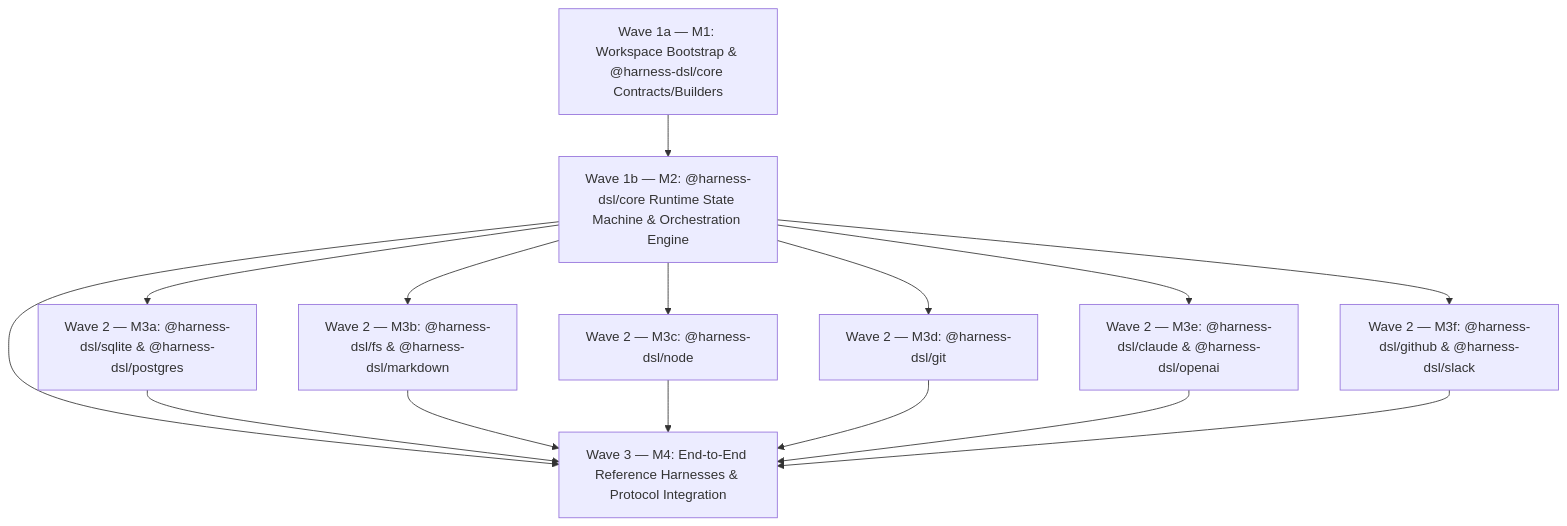
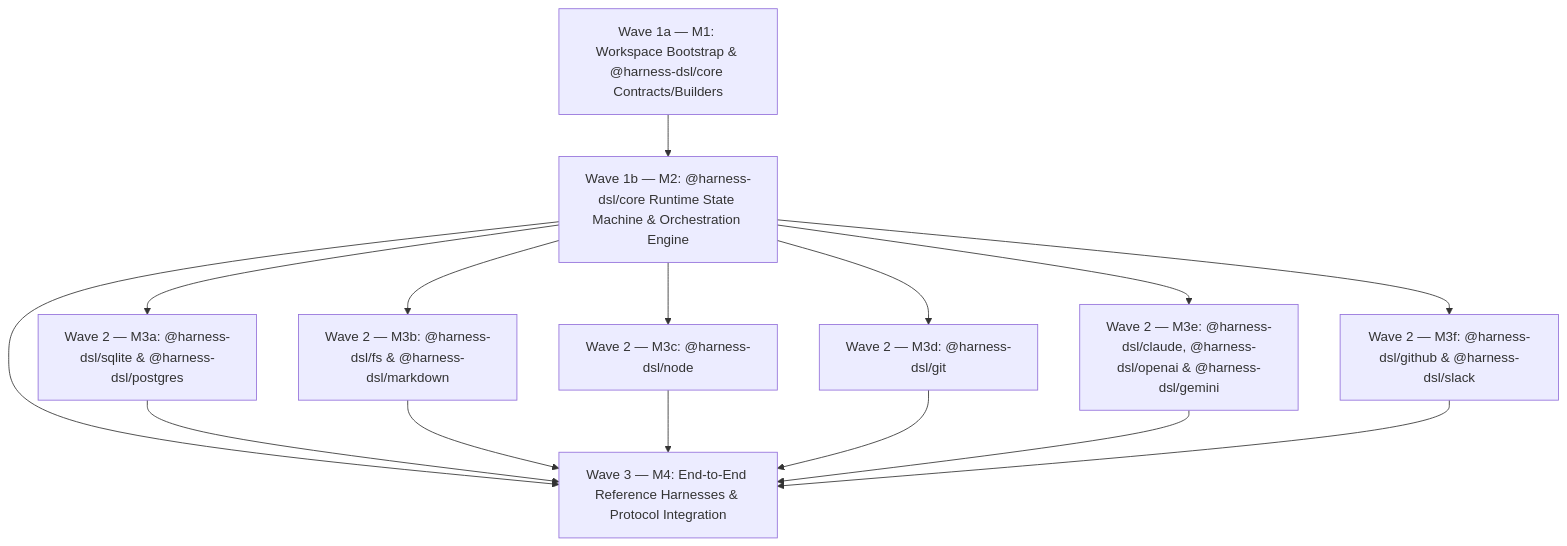
Before and after one commit to paraharness/paraharness: the diagram in docs/plan/INDEX.md, drawn with Mermaid. The commit also changed other lines of this file and 48 other files, not shown here.

Commit message:
Wave 1a: M1 - @harness-dsl/core Contracts, Schemas, AST & Fluent Builders) — CONVERGED (0 Defects

````diff
--- a/docs/plan/INDEX.md
+++ b/docs/plan/INDEX.md
@@ -111,28 +109,28 @@
 ```mermaid
 flowchart TD
   M1["Wave 1a — M1: Workspace Bootstrap & @harness-dsl/core Contracts/Builders"]
   M2["Wave 1b — M2: @harness-dsl/core Runtime State Machine & Orchestration Engine"]
   M3a["Wave 2 — M3a: @harness-dsl/sqlite & @harness-dsl/postgres"]
   M3b["Wave 2 — M3b: @harness-dsl/fs & @harness-dsl/markdown"]
   M3c["Wave 2 — M3c: @harness-dsl/node"]
   M3d["Wave 2 — M3d: @harness-dsl/git"]
-  M3e["Wave 2 — M3e: @harness-dsl/claude & @harness-dsl/openai"]
+  M3e["Wave 2 — M3e: @harness-dsl/claude, @harness-dsl/openai & @harness-dsl/gemini"]
   M3f["Wave 2 — M3f: @harness-dsl/github & @harness-dsl/slack"]
   M4["Wave 3 — M4: End-to-End Reference Harnesses & Protocol Integration"]
 
   M1 --> M2
   M2 --> M3a
   M2 --> M3b
   M2 --> M3c
   M2 --> M3d
   M2 --> M3e
   M2 --> M3f
 
   M2 --> M4
   M3a --> M4
   M3b --> M4
   M3c --> M4
   M3d --> M4
   M3e --> M4
   M3f --> M4
 ```
````
